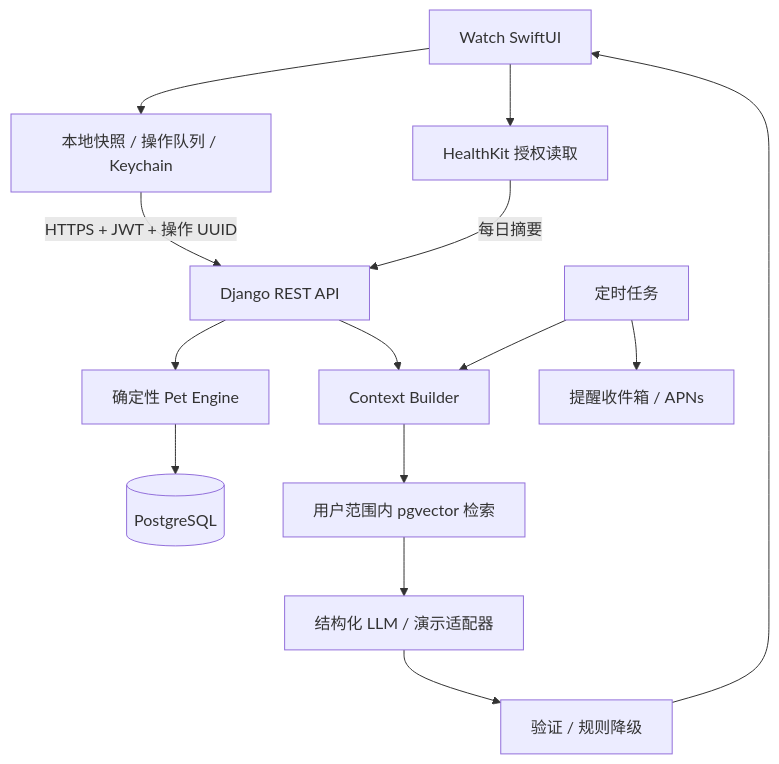
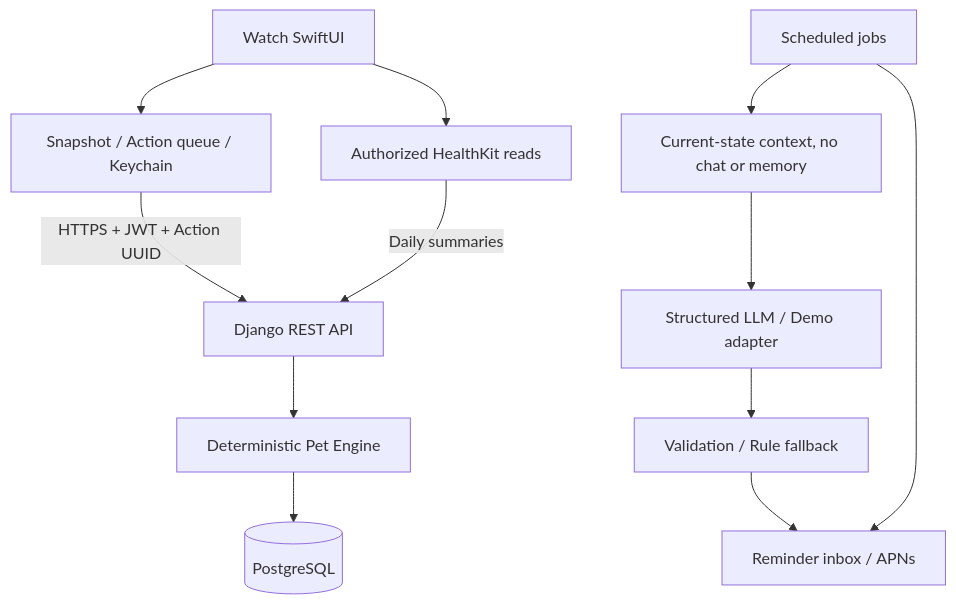
One commit to shanwangwsd/virtualpet changed the diagram in README.md. Above: the diagram before and after it, drawn with Mermaid. The commit also changed other lines of this file and 96 other files, not shown here.

Commit message:
feat: expand virtual pet system and Apple Watch integration

````diff
--- a/README.md
+++ b/README.md
@@ -59,16 +67,14 @@
 ```mermaid
 flowchart TD
-    Watch[Watch SwiftUI] --> Local[本地快照 / 操作队列 / Keychain]
-    Local -->|HTTPS + JWT + 操作 UUID| API[Django REST API]
-    API --> Rules[确定性 Pet Engine]
+    Watch[Watch SwiftUI] --> Local[Snapshot / Action queue / Keychain]
+    Local -->|HTTPS + JWT + Action UUID| API[Django REST API]
+    API --> Rules[Deterministic Pet Engine]
     Rules --> DB[(PostgreSQL)]
-    Watch --> HK[HealthKit 授权读取]
-    HK -->|每日摘要| API
-    API --> Context[Context Builder]
-    Context --> Memory[用户范围内 pgvector 检索]
-    Memory --> Model[结构化 LLM / 演示适配器]
-    Model --> Validate[验证 / 规则降级]
-    Validate --> Watch
-    Jobs[定时任务] --> Context
-    Jobs --> Inbox[提醒收件箱 / APNs]
+    Watch --> HK[Authorized HealthKit reads]
+    HK -->|Daily summaries| API
+    Context[Current-state context, no chat or memory] --> Model[Structured LLM / Demo adapter]
+    Model --> Validate[Validation / Rule fallback]
+    Validate --> Inbox
+    Jobs[Scheduled jobs] --> Context
+    Jobs --> Inbox[Reminder inbox / APNs]
 ```
````
